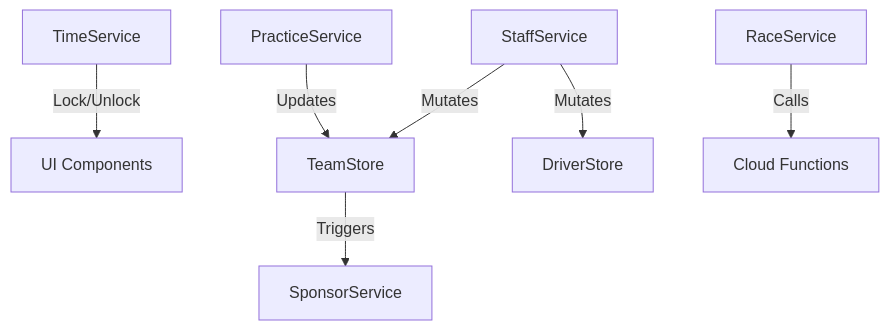
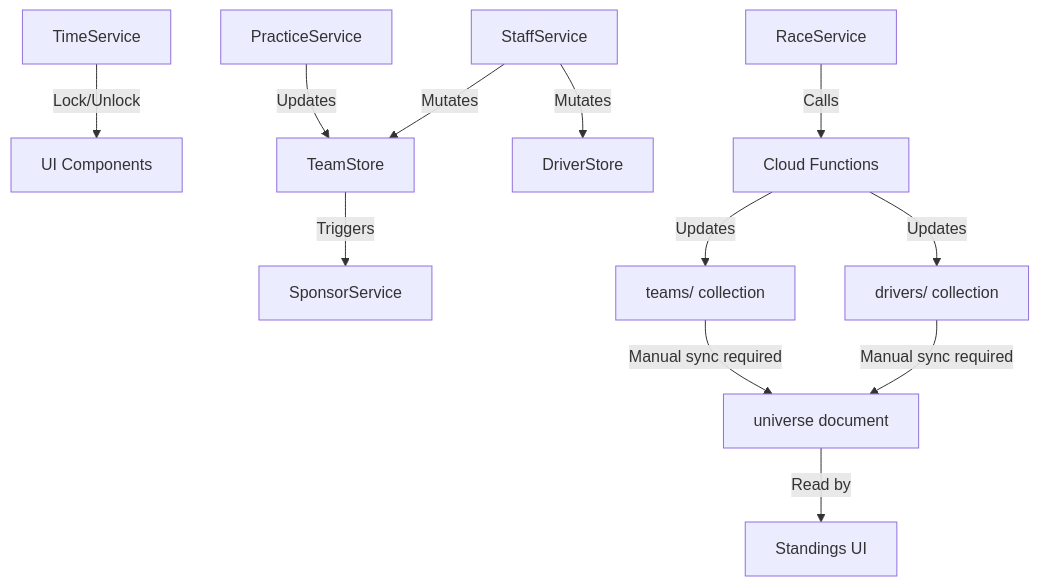
The diagram in frontend/src/routes/admin/docs/ai/services.md (FGT-felipe/ftg-racing-manager), drawn with Mermaid before and after one commit. The commit also changed other lines of this file and 4 other files, not shown here.

````diff
--- a/frontend/src/routes/admin/docs/ai/services.md
+++ b/frontend/src/routes/admin/docs/ai/services.md
@@ -54,9 +90,14 @@
 ```mermaid
 graph TD
     TimeService[TimeService] -->|Lock/Unlock| UI[UI Components]
     TeamStore[TeamStore] -->|Triggers| SponsorService[SponsorService]
     PracticeService[PracticeService] -->|Updates| TeamStore
     RaceService[RaceService] -->|Calls| CloudFunctions[Cloud Functions]
+    CloudFunctions -->|Updates| DriversCollection[drivers/ collection]
+    CloudFunctions -->|Updates| TeamsCollection[teams/ collection]
+    DriversCollection -->|Manual sync required| UniverseDoc[universe document]
+    TeamsCollection -->|Manual sync required| UniverseDoc
+    UniverseDoc -->|Read by| StandingsPage[Standings UI]
     StaffService -->|Mutates| DriverStore[DriverStore]
     StaffService -->|Mutates| TeamStore
 ```
````
